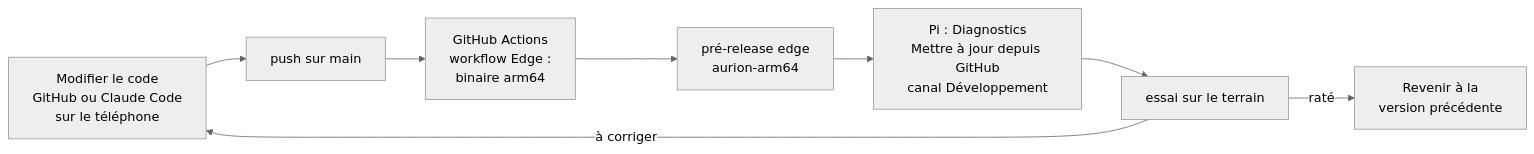
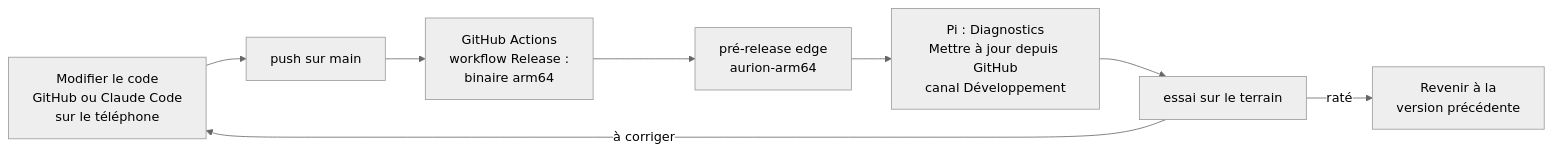
Before and after one commit to PercyaDJ/Aurion: the diagram in docs/GUIDE_DEVELOPPEMENT.md, drawn with Mermaid (neutral theme). The commit also changed other lines of this file and 10 other files, not shown here.

````diff
--- a/docs/GUIDE_DEVELOPPEMENT.md
+++ b/docs/GUIDE_DEVELOPPEMENT.md
@@ -11,10 +11,10 @@
 ```mermaid
 flowchart LR
     A[Modifier le code<br/>GitHub ou Claude Code<br/>sur le téléphone] --> B[push sur main]
-    B --> C[GitHub Actions<br/>workflow Edge :<br/>binaire arm64]
+    B --> C[GitHub Actions<br/>workflow Release :<br/>binaire arm64]
     C --> D[pré-release edge<br/>aurion-arm64]
     D --> E[Pi : Diagnostics<br/>Mettre à jour depuis GitHub<br/>canal Développement]
     E --> F[essai sur le terrain]
     F -- raté --> G[Revenir à la<br/>version précédente]
     F -- à corriger --> A
 ```
````
